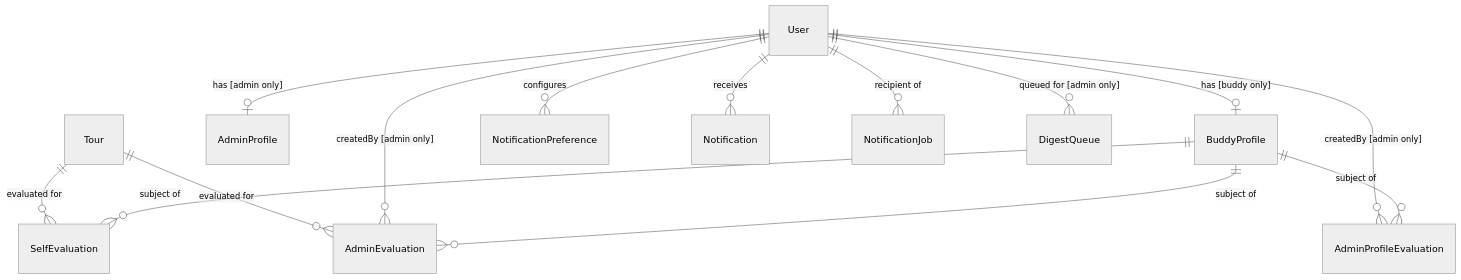
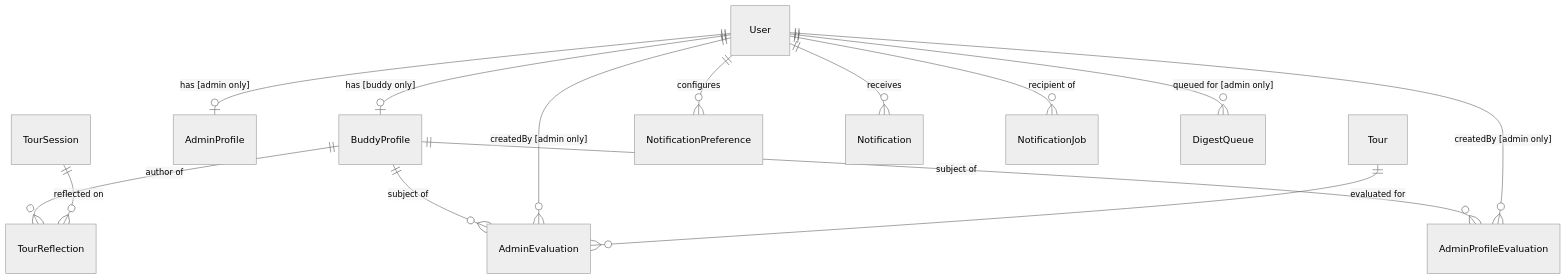
Before and after one commit to Lynns0416/buddy-app-copy: the first of 2 diagrams in docs/data-model.md, drawn with Mermaid (neutral theme). The commit also changed other lines of this file and 69 other files, not shown here.

First line of the commit message:
Feat/236 buddy reflection (#237)

````diff
--- a/docs/data-model.md
+++ b/docs/data-model.md
@@ -9,20 +9,20 @@
 ```mermaid
 erDiagram
     User ||--o| BuddyProfile : "has [buddy only]"
     User ||--o| AdminProfile : "has [admin only]"
 
-    BuddyProfile ||--o{ SelfEvaluation : "subject of"
+    BuddyProfile ||--o{ TourReflection : "author of"
     BuddyProfile ||--o{ AdminEvaluation : "subject of"
     BuddyProfile ||--o{ AdminProfileEvaluation : "subject of"
 
     User ||--o{ AdminEvaluation : "createdBy [admin only]"
     User ||--o{ AdminProfileEvaluation : "createdBy [admin only]"
 
-    Tour ||--o{ SelfEvaluation : "evaluated for"
+    TourSession ||--o{ TourReflection : "reflected on"
     Tour ||--o{ AdminEvaluation : "evaluated for"
 
     User ||--o{ NotificationPreference : "configures"
     User ||--o{ Notification : receives
     User ||--o{ NotificationJob : "recipient of"
     User ||--o{ DigestQueue : "queued for [admin only]"
 ```
````
